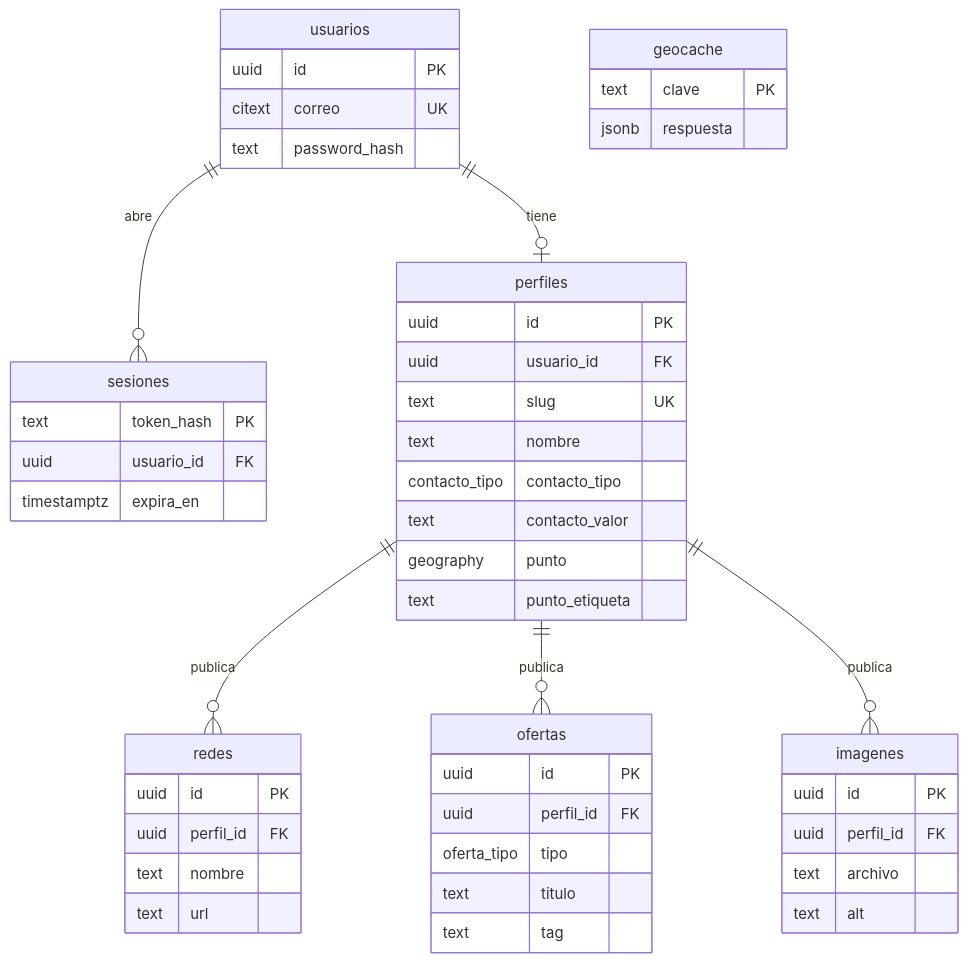
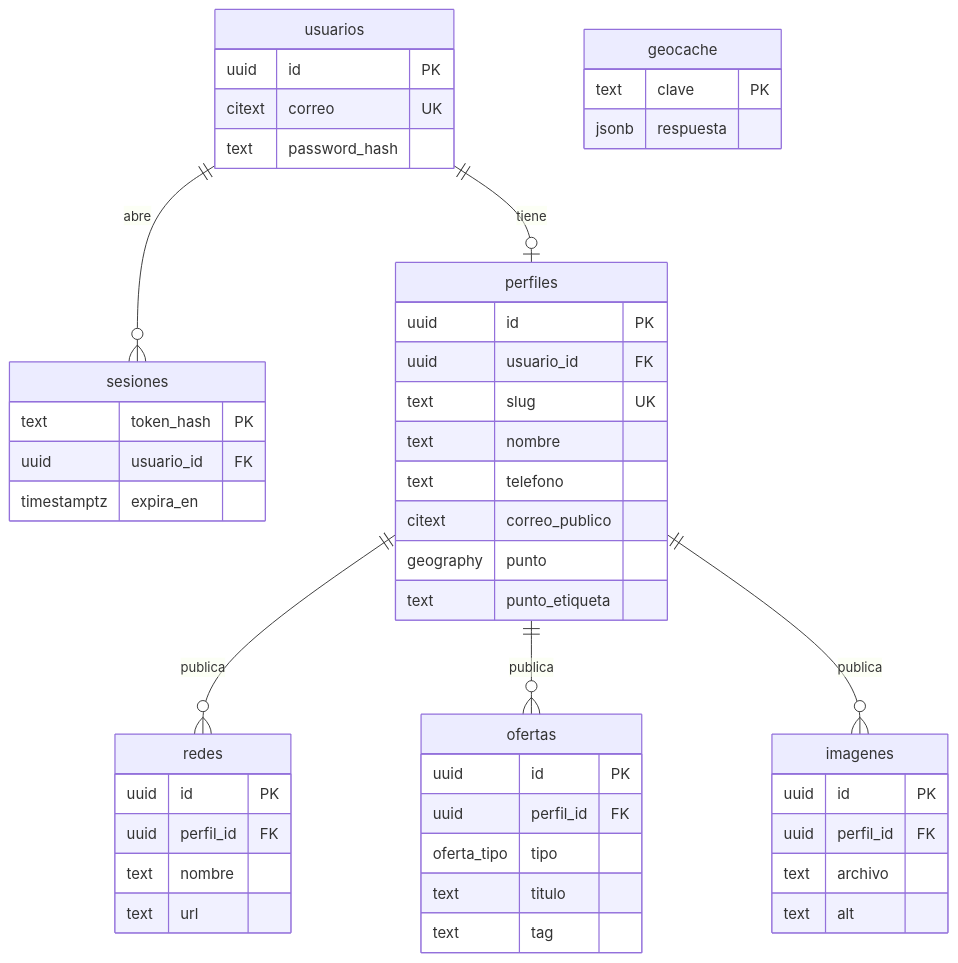
Before and after one commit to wika-labss/proyectos: the diagram in web/trabajamos-com/idea/06-modelo-datos.md, drawn with Mermaid. The commit also changed other lines of this file and 14 other files, not shown here.

````diff
--- a/web/trabajamos-com/idea/06-modelo-datos.md
+++ b/web/trabajamos-com/idea/06-modelo-datos.md
@@ -27,51 +28,51 @@
 ```mermaid
 erDiagram
   usuarios ||--o{ sesiones : abre
   usuarios ||--o| perfiles : tiene
   perfiles ||--o{ redes : publica
   perfiles ||--o{ ofertas : publica
   perfiles ||--o{ imagenes : publica
   usuarios {
     uuid id PK
     citext correo UK
     text password_hash
   }
   sesiones {
     text token_hash PK
     uuid usuario_id FK
     timestamptz expira_en
   }
   perfiles {
     uuid id PK
     uuid usuario_id FK
     text slug UK
     text nombre
-    contacto_tipo contacto_tipo
-    text contacto_valor
+    text telefono
+    citext correo_publico
     geography punto
     text punto_etiqueta
   }
   redes {
     uuid id PK
     uuid perfil_id FK
     text nombre
     text url
   }
   ofertas {
     uuid id PK
     uuid perfil_id FK
     oferta_tipo tipo
     text titulo
     text tag
   }
   imagenes {
     uuid id PK
     uuid perfil_id FK
     text archivo
     text alt
   }
   geocache {
     text clave PK
     jsonb respuesta
   }
 ```
````
